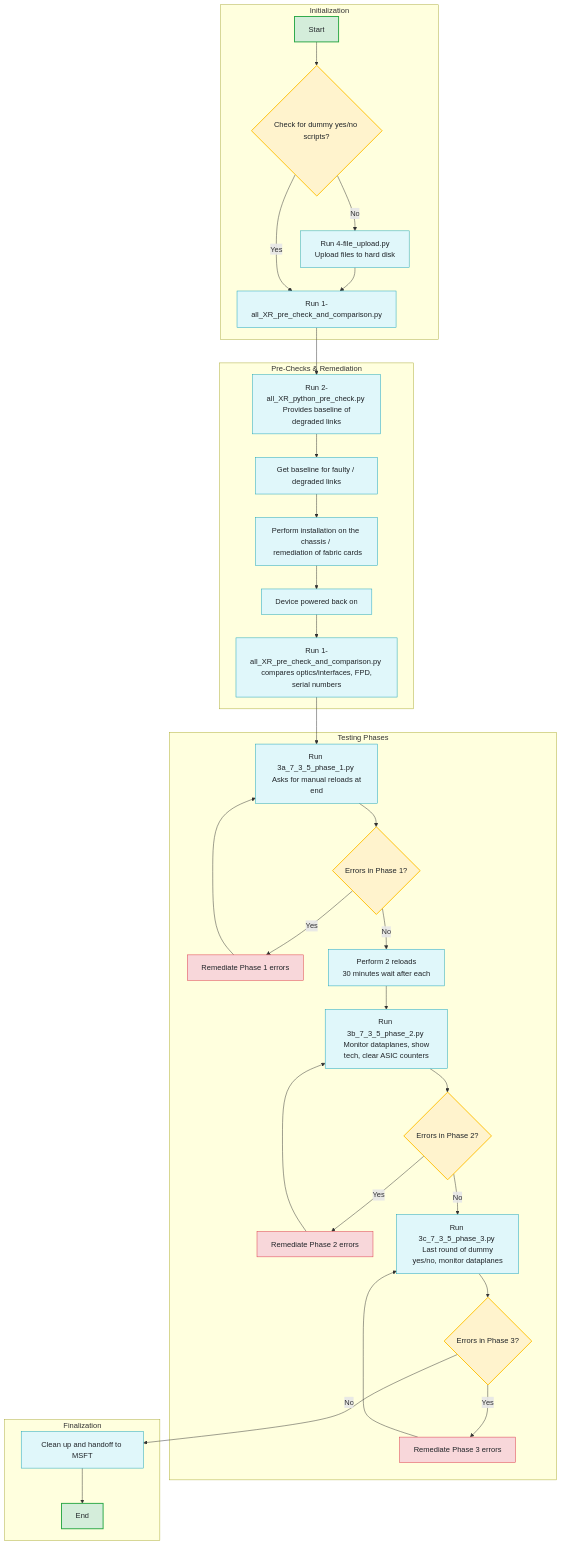
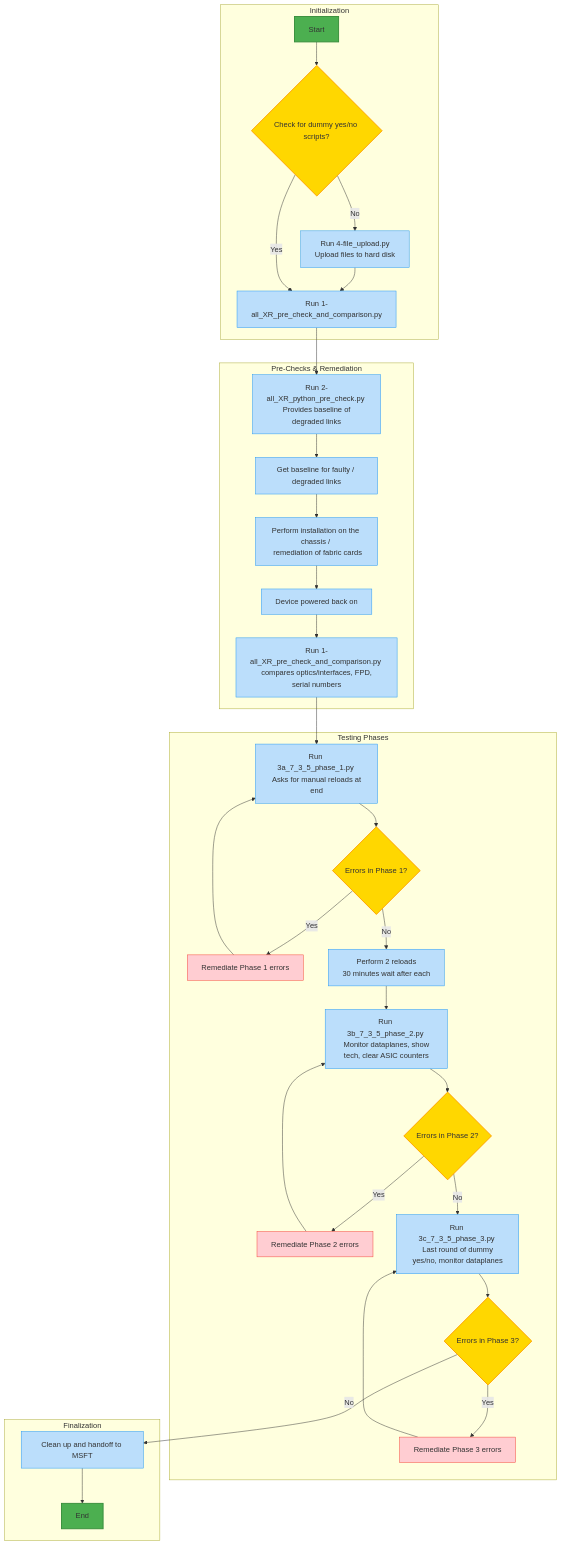
The diagram in 7_3_5_WP3_Health_Check_Prod/ReadMe.md (prongupt/WP-Remediation-MoP), drawn with Mermaid before and after one commit.

````diff
--- a/7_3_5_WP3_Health_Check_Prod/ReadMe.md
+++ b/7_3_5_WP3_Health_Check_Prod/ReadMe.md
@@ -1,63 +1,68 @@
 ```mermaid
 graph TD
+    %% Mermaid configuration (optional, might not affect all renderers like GitHub)
+    %%{init: {'flowchart': {'htmlLabels': true}}}%%
+
     subgraph Initialization
         A[Start] --> B{Check for dummy yes/no scripts?};
         B -- No --> C[Run 4-file_upload.py <br> Upload files to hard disk];
         C --> D[Run 1-all_XR_pre_check_and_comparison.py];
         B -- Yes --> D;
     end
 
     subgraph Pre-Checks & Remediation
         D --> E[Run 2-all_XR_python_pre_check.py <br> Provides baseline of degraded links];
         E --> F[Get baseline for faulty / degraded links];
         F --> G[Perform installation on the chassis / <br> remediation of fabric cards];
         G --> H[Device powered back on];
         H --> I[Run 1-all_XR_pre_check_and_comparison.py <br> compares optics/interfaces, FPD, serial numbers];
     end
 
     subgraph Testing Phases
         I --> J[Run 3a_7_3_5_phase_1.py <br> Asks for manual reloads at end];
         J --> K{Errors in Phase 1?};
         K -- Yes --> L[Remediate Phase 1 errors];
         L --> J;
         K -- No --> M[Perform 2 reloads <br> 30 minutes wait after each];
 
         M --> N[Run 3b_7_3_5_phase_2.py <br> Monitor dataplanes, show tech, clear ASIC counters];
         N --> O{Errors in Phase 2?};
         O -- Yes --> P[Remediate Phase 2 errors];
         P --> N;
         O -- No --> Q[Run 3c_7_3_5_phase_3.py <br> Last round of dummy yes/no, monitor dataplanes];
 
         Q --> R{Errors in Phase 3?};
         R -- Yes --> S[Remediate Phase 3 errors];
         S --> Q;
     end
 
     subgraph Finalization
         R -- No --> T[Clean up and handoff to MSFT];
         T --> U[End];
     end
 
-    %% Styling for better readability
-    style A fill:#D4EDDA,stroke:#28A745,stroke-width:2px,color:#212529
-    style U fill:#D4EDDA,stroke:#28A745,stroke-width:2px,color:#212529
-    style B fill:#FFF3CD,stroke:#FFC107,stroke-width:2px,color:#212529
-    style K fill:#FFF3CD,stroke:#FFC107,stroke-width:2px,color:#212529
-    style O fill:#FFF3CD,stroke:#FFC107,stroke-width:2px,color:#212529
-    style R fill:#FFF3CD,stroke:#FFC107,stroke-width:2px,color:#212529
-    style C fill:#E0F7FA,stroke:#17A2B8,stroke-width:1px,color:#212529
-    style D fill:#E0F7FA,stroke:#17A2B8,stroke-width:1px,color:#212529
-    style E fill:#E0F7FA,stroke:#17A2B8,stroke-width:1px,color:#212529
-    style F fill:#E0F7FA,stroke:#17A2B8,stroke-width:1px,color:#212529
-    style G fill:#E0F7FA,stroke:#17A2B8,stroke-width:1px,color:#212529
-    style H fill:#E0F7FA,stroke:#17A2B8,stroke-width:1px,color:#212529
-    style I fill:#E0F7FA,stroke:#17A2B8,stroke-width:1px,color:#212529
-    style J fill:#E0F7FA,stroke:#17A2B8,stroke-width:1px,color:#212529
-    style M fill:#E0F7FA,stroke:#17A2B8,stroke-width:1px,color:#212529
-    style N fill:#E0F7FA,stroke:#17A2B8,stroke-width:1px,color:#212529
-    style Q fill:#E0F7FA,stroke:#17A2B8,stroke-width:1px,color:#212529
-    style T fill:#E0F7FA,stroke:#17A2B8,stroke-width:1px,color:#212529
-    style L fill:#F8D7DA,stroke:#DC3545,stroke-width:1px,color:#212529
-    style P fill:#F8D7DA,stroke:#DC3545,stroke-width:1px,color:#212529
-    style S fill:#F8D7DA,stroke:#DC3545,stroke-width:1px,color:#212529
+    %% Brighter and prettier styling
+    style A fill:#4CAF50,stroke:#388E3C,stroke-width:2px,color:#FFFFFF; %% Vibrant Green Start
+    style U fill:#4CAF50,stroke:#388E3C,stroke-width:2px,color:#FFFFFF; %% Vibrant Green End
+    style B fill:#FFD700,stroke:#FFA000,stroke-width:2px,color:#333333; %% Bright Gold Decision
+    style K fill:#FFD700,stroke:#FFA000,stroke-width:2px,color:#333333; %% Bright Gold Decision
+    style O fill:#FFD700,stroke:#FFA000,stroke-width:2px,color:#333333; %% Bright Gold Decision
+    style R fill:#FFD700,stroke:#FFA000,stroke-width:2px,color:#333333; %% Bright Gold Decision
+
+    style C fill:#BBDEFB,stroke:#2196F3,stroke-width:1px,color:#1A237E; %% Light Blue Action
+    style D fill:#BBDEFB,stroke:#2196F3,stroke-width:1px,color:#1A237E; %% Light Blue Action
+    style E fill:#BBDEFB,stroke:#2196F3,stroke-width:1px,color:#1A237E; %% Light Blue Action
+    style F fill:#BBDEFB,stroke:#2196F3,stroke-width:1px,color:#1A237E; %% Light Blue Action
+    style G fill:#BBDEFB,stroke:#2196F3,stroke-width:1px,color:#1A237E; %% Light Blue Action
+    style H fill:#BBDEFB,stroke:#2196F3,stroke-width:1px,color:#1A237E; %% Light Blue Action
+    style I fill:#BBDEFB,stroke:#2196F3,stroke-width:1px,color:#1A237E; %% Light Blue Action
+    style J fill:#BBDEFB,stroke:#2196F3,stroke-width:1px,color:#1A237E; %% Light Blue Action
+    style M fill:#BBDEFB,stroke:#2196F3,stroke-width:1px,color:#1A237E; %% Light Blue Action
+    style N fill:#BBDEFB,stroke:#2196F3,stroke-width:1px,color:#1A237E; %% Light Blue Action
+    style Q fill:#BBDEFB,stroke:#2196F3,stroke-width:1px,color:#1A237E; %% Light Blue Action
+    style T fill:#BBDEFB,stroke:#2196F3,stroke-width:1px,color:#1A237E; %% Light Blue Action
+
+    style L fill:#FFCDD2,stroke:#F44336,stroke-width:1px,color:#B71C1C; %% Light Red Remediation
+    style P fill:#FFCDD2,stroke:#F44336,stroke-width:1px,color:#B71C1C; %% Light Red Remediation
+    style S fill:#FFCDD2,stroke:#F44336,stroke-width:1px,color:#B71C1C; %% Light Red Remediation
 ```
````
